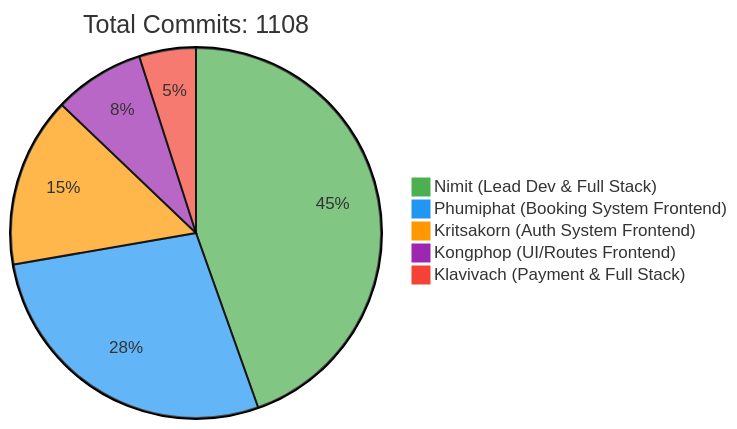
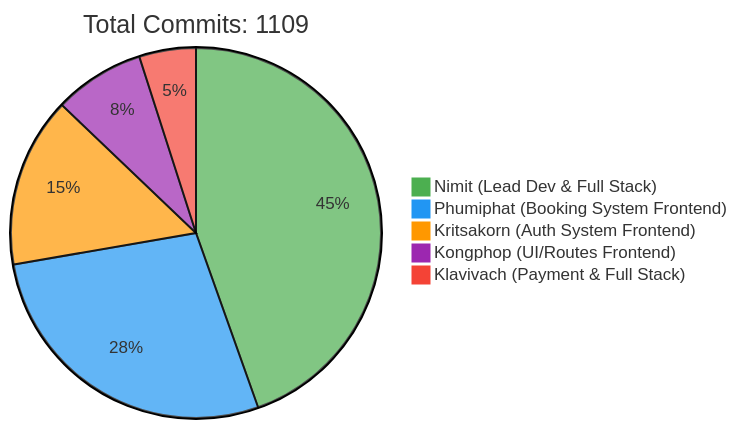
The first of 2 diagrams in README.md (6531503042/Sport-Complex), drawn with Mermaid before and after one commit. The commit also changed other lines of this file, not shown here.

Commit message:
docs: Update contributor statistics [skip ci]

````diff
--- a/README.md
+++ b/README.md
@@ -257,10 +257,10 @@
 ```mermaid
 %%{init: {'theme': 'base', 'themeVariables': { 'pie1': '#4CAF50', 'pie2': '#2196F3', 'pie3': '#FF9800', 'pie4': '#9C27B0', 'pie5': '#F44336'}}}%%
 pie
-    title Total Commits: 1108
+    title Total Commits: 1109
     "Nimit (Lead Dev & Full Stack)" : 450
     "Phumiphat (Booking System Frontend)" : 280
     "Kritsakorn (Auth System Frontend)" : 150
     "Kongphop (UI/Routes Frontend)" : 80
     "Klavivach (Payment & Full Stack)" : 50
 ```
````
